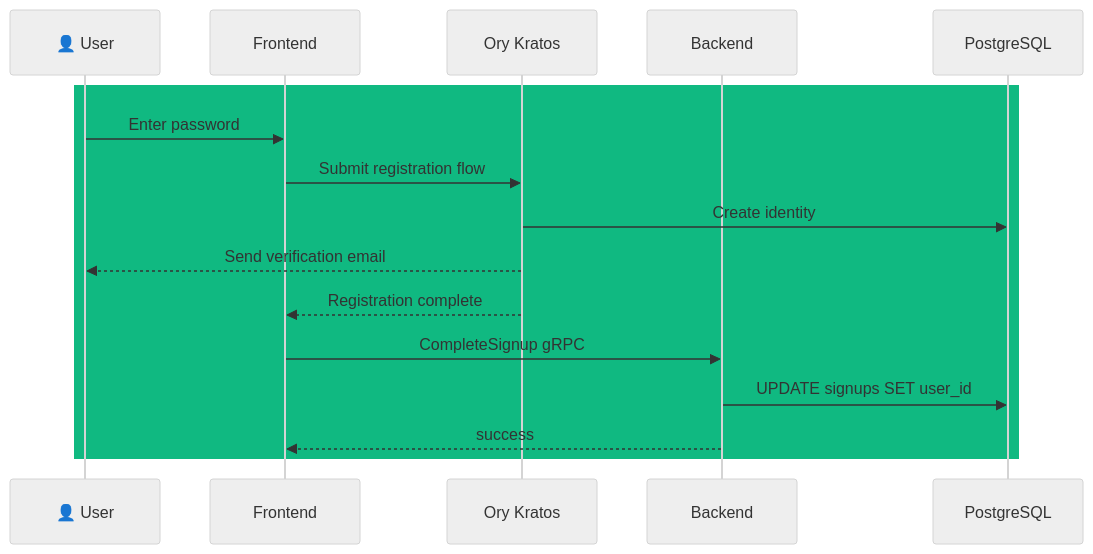
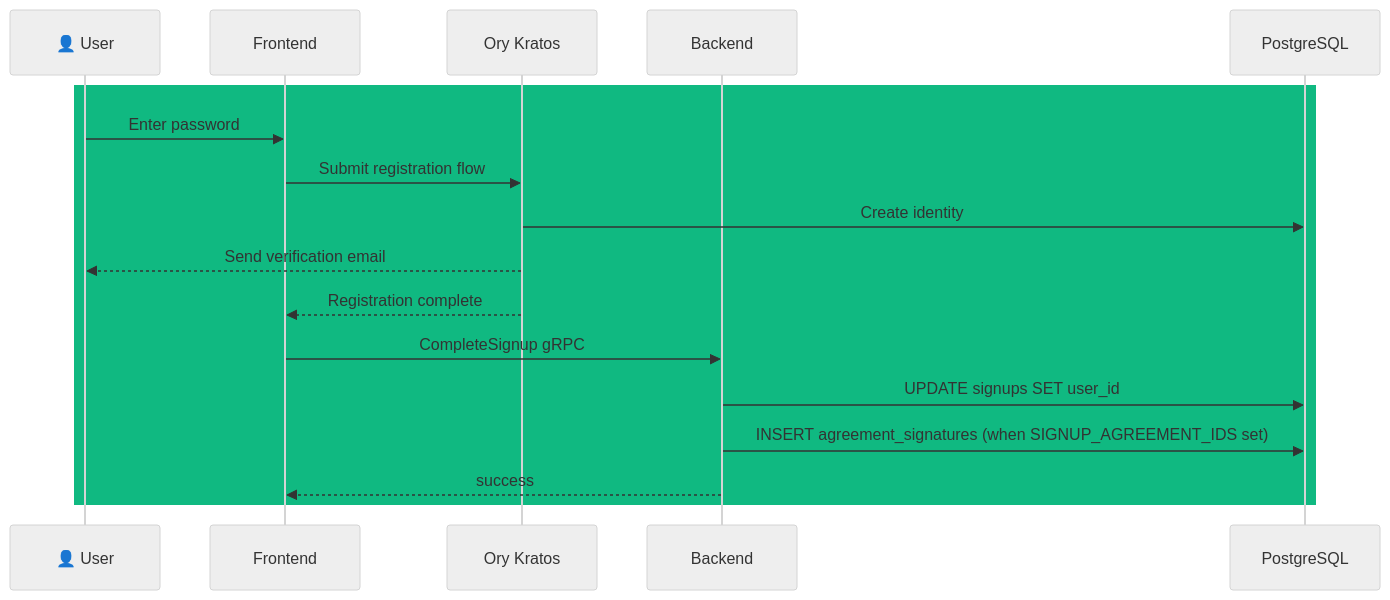
Before and after one commit to interledger/interledger-app: the third of 6 diagrams in documentation/docs/signup-guide.md, drawn with Mermaid (neutral theme). The commit also changed 8 other files, not shown here.

````diff
--- a/documentation/docs/signup-guide.md
+++ b/documentation/docs/signup-guide.md
@@ -91,19 +91,20 @@
 ```mermaid
 sequenceDiagram
     participant U as 👤 User
     participant FE as Frontend
     participant K as Ory Kratos
     participant BE as Backend
     participant DB as PostgreSQL
 
     rect rgb(16, 185, 129)
     U->>FE: Enter password
     FE->>K: Submit registration flow
     K->>DB: Create identity
     K-->>U: Send verification email
     K-->>FE: Registration complete
     FE->>BE: CompleteSignup gRPC
     BE->>DB: UPDATE signups SET user_id
+    BE->>DB: INSERT agreement_signatures (when SIGNUP_AGREEMENT_IDS set)
     BE-->>FE: success
     end
 ```
````
